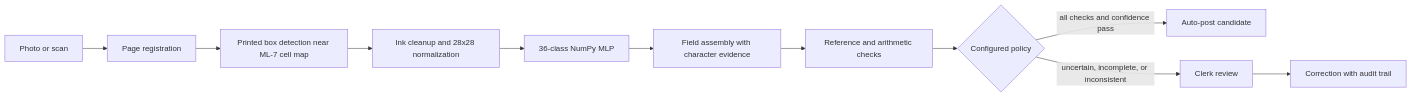
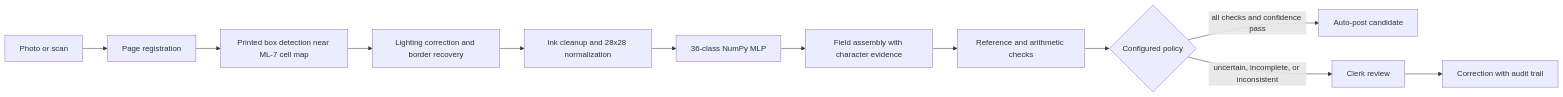
The diagram in docs/approach.md (c85/mileage-log-reader), drawn with Mermaid before and after one commit. The commit also changed other lines of this file and 8 other files, not shown here.

````diff
--- a/docs/approach.md
+++ b/docs/approach.md
@@ -31,13 +31,14 @@
 ```mermaid
 flowchart LR
   A[Photo or scan] --> B[Page registration]
   B --> C[Printed box detection near ML-7 cell map]
-  C --> D[Ink cleanup and 28x28 normalization]
-  D --> E[36-class NumPy MLP]
+  C --> D[Lighting correction and border recovery]
+  D --> N[Ink cleanup and 28x28 normalization]
+  N --> E[36-class NumPy MLP]
   E --> F[Field assembly with character evidence]
   F --> G[Reference and arithmetic checks]
   G --> H{Configured policy}
   H -->|all checks and confidence pass| I[Auto-post candidate]
   H -->|uncertain, incomplete, or inconsistent| J[Clerk review]
   J --> K[Correction with audit trail]
 ```
````
